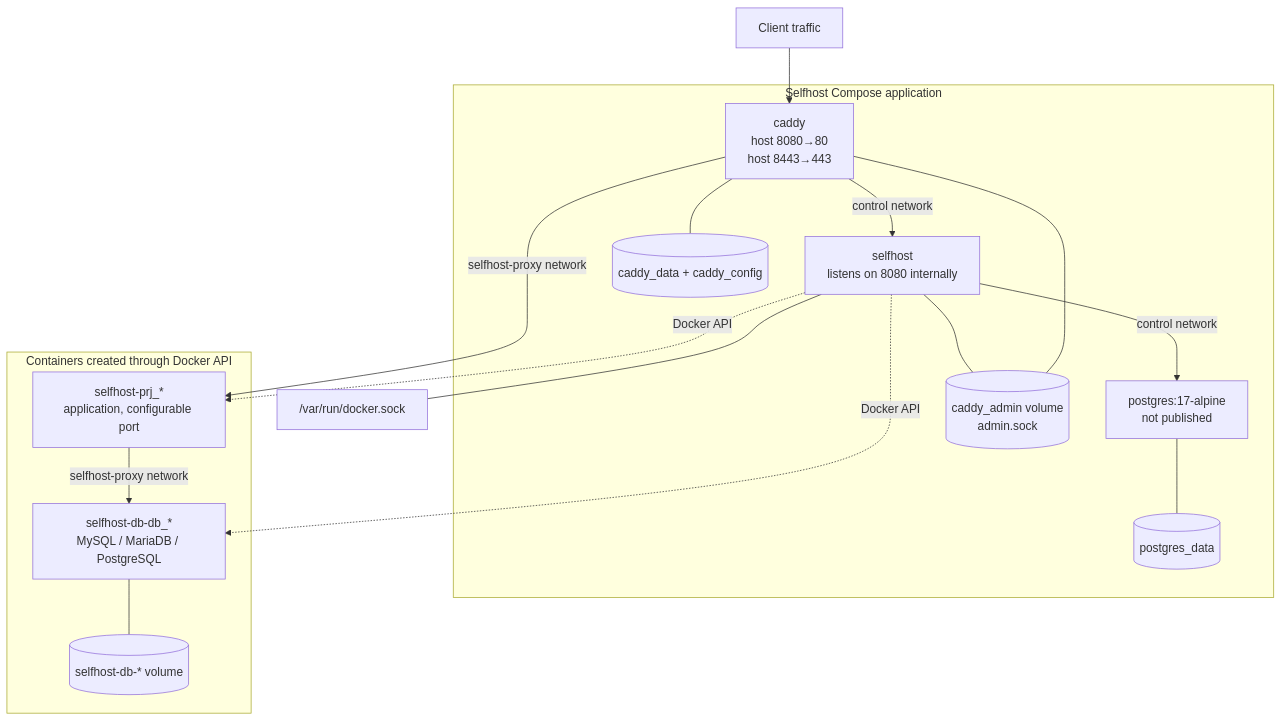
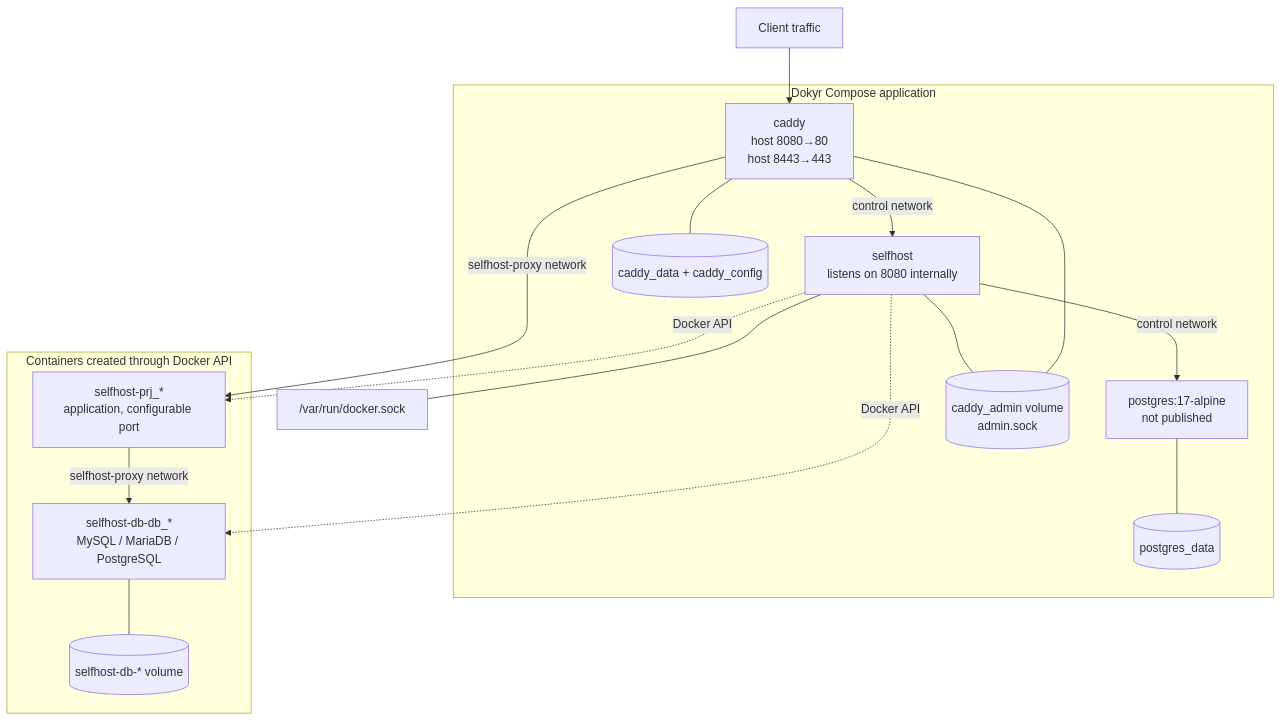
One commit to azayr/dokyr changed the second of 8 diagrams in docs/ARCHITECTURE.md. Above: the diagram before and after it, drawn with Mermaid. The commit also changed other lines of this file and 39 other files, not shown here.

````diff
--- a/docs/ARCHITECTURE.md
+++ b/docs/ARCHITECTURE.md
@@ -63,33 +63,33 @@
 ```mermaid
 flowchart TB
     Internet["Client traffic"]
     HostSocket["/var/run/docker.sock"]
 
-    subgraph Compose["Selfhost Compose application"]
+    subgraph Compose["Dokyr Compose application"]
         Caddy["caddy<br/>host 8080→80<br/>host 8443→443"]
         Control["selfhost<br/>listens on 8080 internally"]
         MetaDB["postgres:17-alpine<br/>not published"]
         AdminSock[("caddy_admin volume<br/>admin.sock")]
         MetaVol[("postgres_data")]
         CaddyVol[("caddy_data + caddy_config")]
     end
 
     subgraph Managed["Containers created through Docker API"]
         Project["selfhost-prj_*<br/>application, configurable port"]
         DB["selfhost-db-db_*<br/>MySQL / MariaDB / PostgreSQL"]
         DBVol[("selfhost-db-* volume")]
     end
 
     Internet --> Caddy
     Caddy -->|"control network"| Control
     Control -->|"control network"| MetaDB
     Control --- AdminSock --- Caddy
     Control --- HostSocket
     Caddy -->|"selfhost-proxy network"| Project
     Control -. "Docker API" .-> Project
     Control -. "Docker API" .-> DB
     Project -->|"selfhost-proxy network"| DB
     DB --- DBVol
     MetaDB --- MetaVol
     Caddy --- CaddyVol
 ```
````
